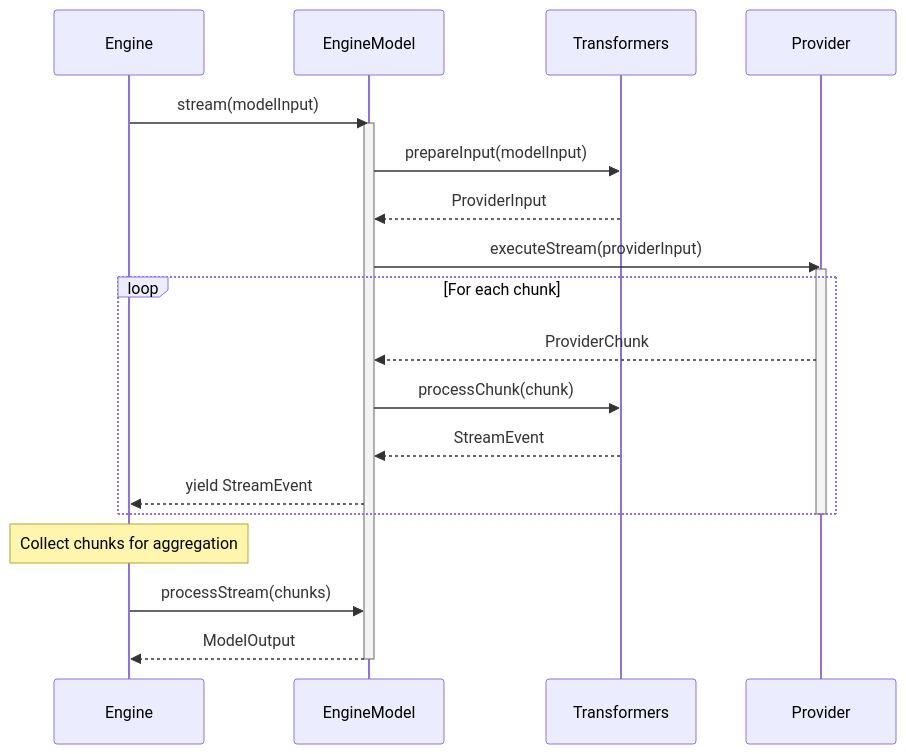
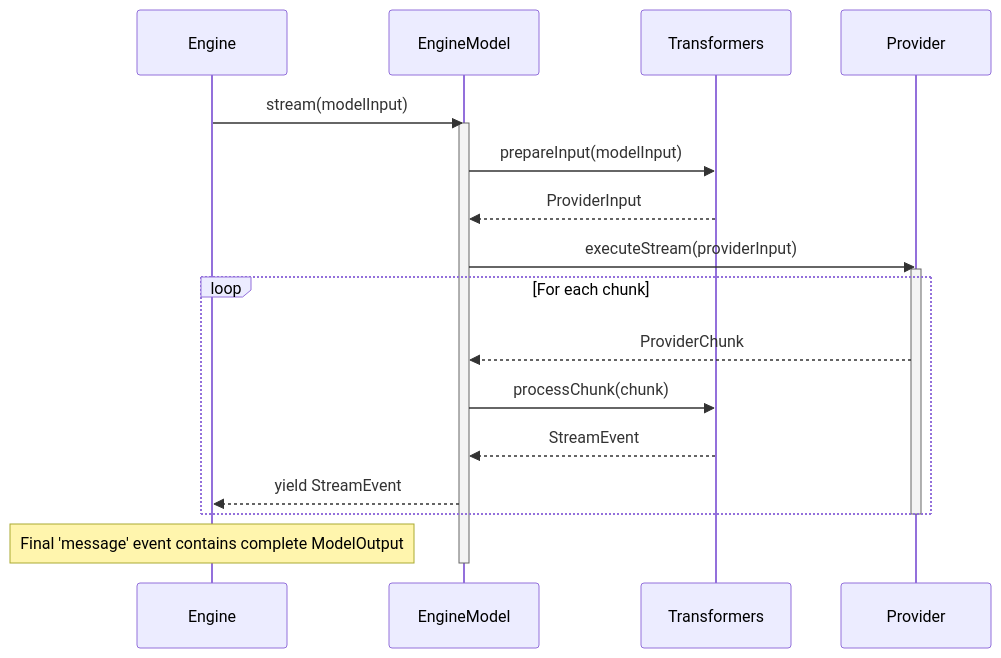
The third of 4 diagrams in packages/core/src/model/ARCHITECTURE.md (agenticklabs/agentick), drawn with Mermaid before and after one commit. The commit also changed other lines of this file and 22 other files, not shown here.

````diff
--- a/packages/core/src/model/ARCHITECTURE.md
+++ b/packages/core/src/model/ARCHITECTURE.md
@@ -475,32 +472,29 @@
 ```mermaid
 sequenceDiagram
     participant Engine
     participant Model as EngineModel
     participant Transform as Transformers
     participant Provider
 
     Engine->>Model: stream(modelInput)
     activate Model
 
     Model->>Transform: prepareInput(modelInput)
     Transform-->>Model: ProviderInput
 
     Model->>Provider: executeStream(providerInput)
     activate Provider
 
     loop For each chunk
         Provider-->>Model: ProviderChunk
         Model->>Transform: processChunk(chunk)
         Transform-->>Model: StreamEvent
         Model-->>Engine: yield StreamEvent
     end
 
     deactivate Provider
 
-    Note over Engine: Collect chunks for aggregation
-
-    Engine->>Model: processStream(chunks)
-    Model-->>Engine: ModelOutput
+    Note over Engine: Final 'message' event contains complete ModelOutput
 
     deactivate Model
 ```
````
